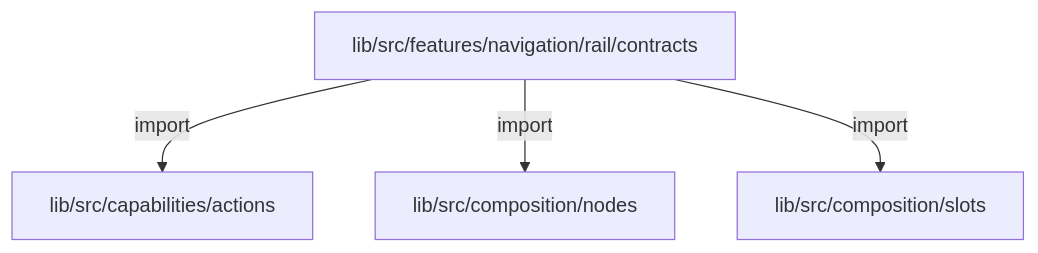
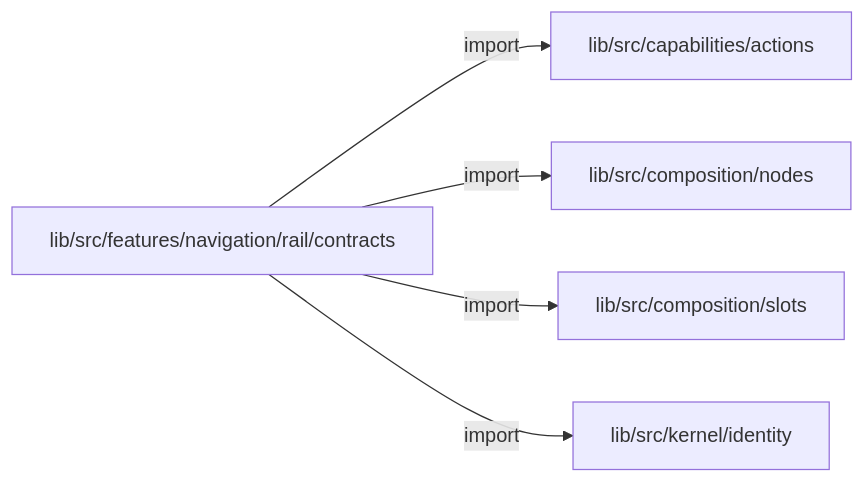
One commit to MiuDog/Kallopis changed the first of 2 diagrams in docs/architecture/src/features/navigation/rail/contracts/README.md. Above: the diagram before and after it, drawn with Mermaid. The commit also changed other lines of this file and 9688 other files, not shown here.

Commit message:
Prepare isolated Flow F2 peer baseline

````diff
--- a/docs/architecture/src/features/navigation/rail/contracts/README.md
+++ b/docs/architecture/src/features/navigation/rail/contracts/README.md
@@ -13,10 +13,12 @@
 ```mermaid
-flowchart TD
+flowchart LR
 	n0["lib/src/features/navigation/rail/contracts"]
 	n1["lib/src/capabilities/actions"]
 	n2["lib/src/composition/nodes"]
 	n3["lib/src/composition/slots"]
+	n4["lib/src/kernel/identity"]
 	n0 -->|"import"| n1
 	n0 -->|"import"| n2
 	n0 -->|"import"| n3
+	n0 -->|"import"| n4
 ```
````
